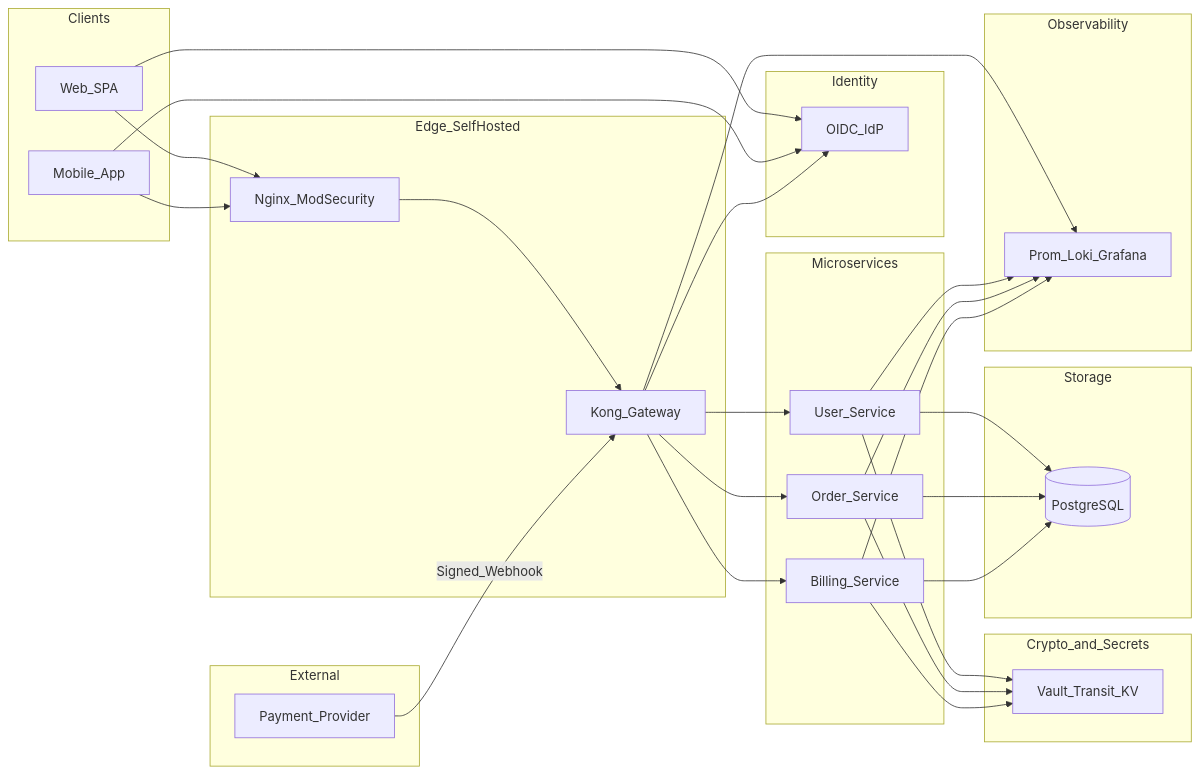
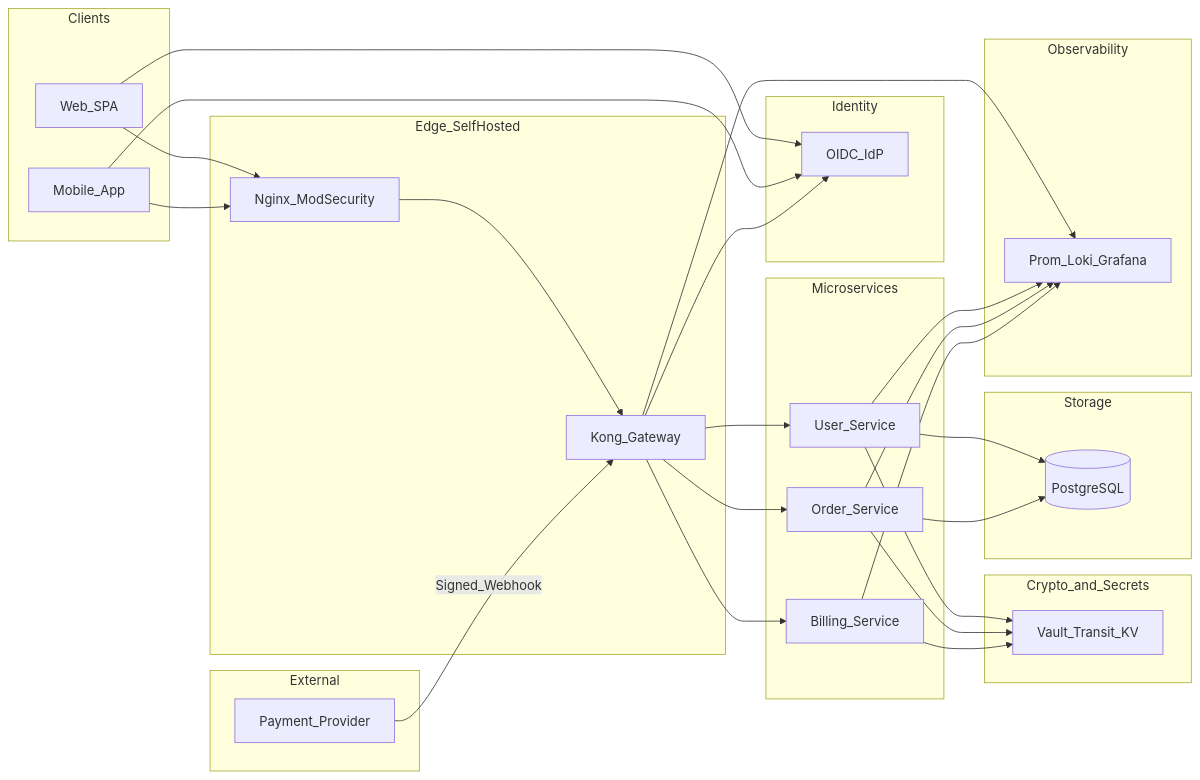
Before and after one commit to ntd4nh/NT219.Q22.ANTT: the second of 7 diagrams in docs/books/Kien-truc-he-thong-NT219.md, drawn with Mermaid. The commit also changed other lines of this file and 25 other files, not shown here.

````diff
--- a/docs/books/Kien-truc-he-thong-NT219.md
+++ b/docs/books/Kien-truc-he-thong-NT219.md
@@ -223,59 +223,58 @@
 ```mermaid
 flowchart LR
   subgraph clients [Clients]
     Web[Web_SPA]
     Mobile[Mobile_App]
   end
 
   subgraph edge [Edge_SelfHosted]
     WAF[Nginx_ModSecurity]
     GW[Kong_Gateway]
   end
 
   subgraph identity [Identity]
     IdP[OIDC_IdP]
   end
 
   subgraph services [Microservices]
     US[User_Service]
     OS[Order_Service]
     BS[Billing_Service]
   end
 
   subgraph crypto [Crypto_and_Secrets]
     Vault[Vault_Transit_KV]
   end
 
   subgraph storage [Storage]
     DB[(PostgreSQL)]
   end
 
   subgraph observe [Observability]
     Logs[Prom_Loki_Grafana]
   end
 
   subgraph external [External]
     PSP[Payment_Provider]
   end
 
   Web --> WAF
   Mobile --> WAF
   WAF --> GW
   Web --> IdP
   Mobile --> IdP
   GW --> IdP
   GW --> US
   GW --> OS
   GW --> BS
   US --> Vault
   OS --> Vault
   BS --> Vault
   US --> DB
   OS --> DB
-  BS --> DB
   GW --> Logs
   US --> Logs
   OS --> Logs
   BS --> Logs
   PSP -->|Signed_Webhook| GW
 ```
````
